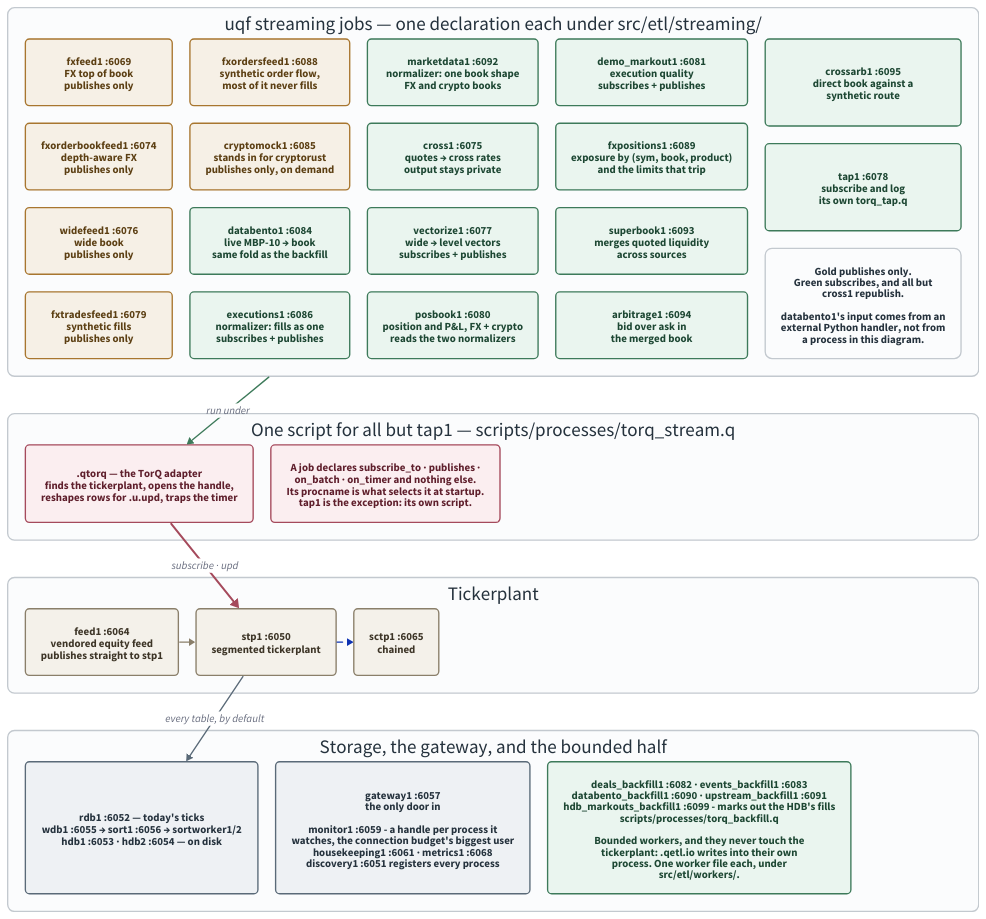
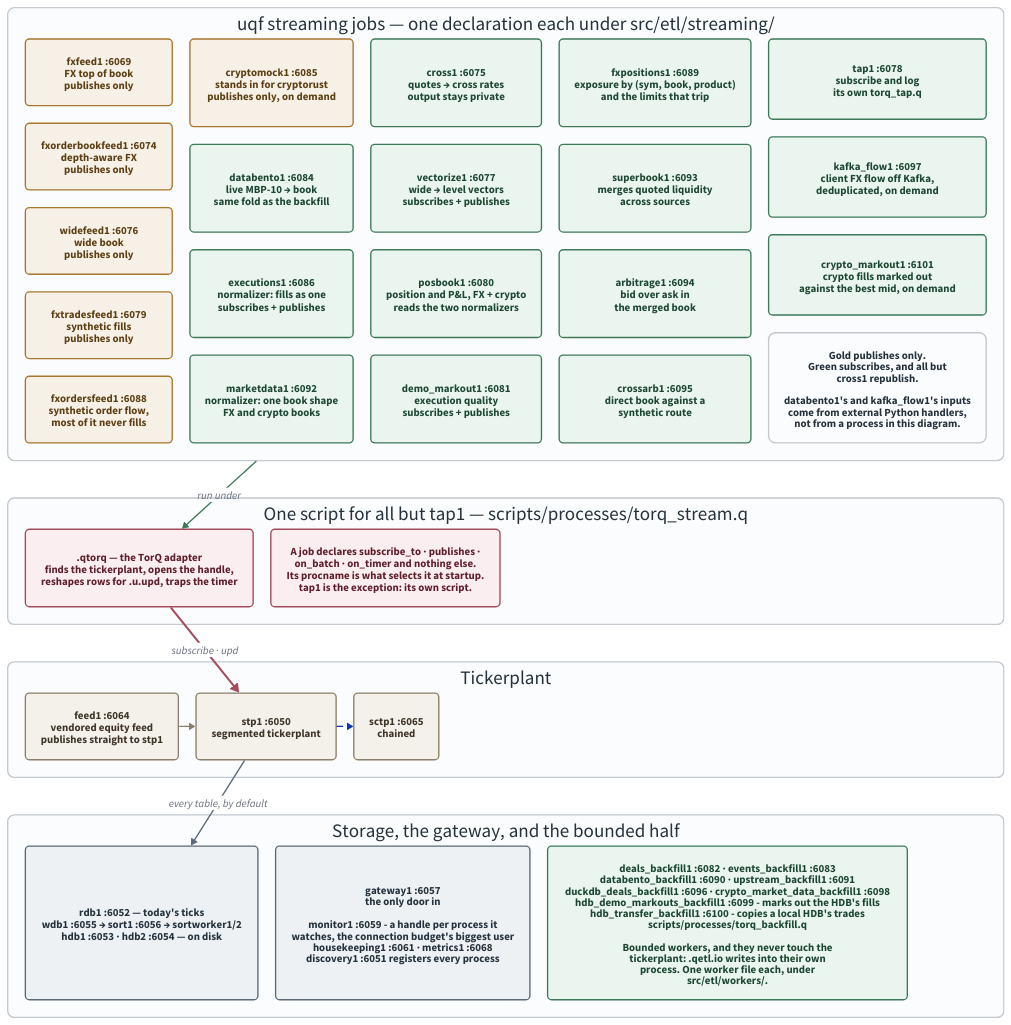
Before and after one commit to kwojdalski/uqf: the diagram in docs/diagrams/stack-topology.d2, drawn with D2. The commit also changed 6 other files, not shown here.

```diff
--- a/docs/diagrams/stack-topology.d2
+++ b/docs/diagrams/stack-topology.d2
@@ -1,165 +1,167 @@
 # stack-topology.d2 - who connects to whom over IPC in the running stack.
 #
 # Rendered by scripts/generate/render_diagrams.py, which CI runs with
 # --check. Embedded from docs/architecture/stack.md.
 #
 # Ports are the defaults at base 6050; every one is {KDBBASEPORT}+offset, so
 # a different base shifts them all together. The authority for the offsets
 # is docs/reference/processes.md, which is GENERATED from the
 # pipeline registry - if this diagram and that table disagree, the table is
 # right.
 #
 # WHAT THIS SHOWS THAT THE MERMAID VERSION DID NOT (#245).
 #
 # Every uqf streaming process but tap1 runs the SAME script. Since #204 a
 # streaming job is a declaration under src/etl/streaming/ and
 # processes/torq_stream.q is the one runner; which job a process runs is
 # decided by its procname at startup. The old diagram drew a script per
 # process, which is what the stack looked like before .qetl.job.stream and is the
 # single most misleading thing about it.
 #
 # The two connection patterns are still real and still different - publish
 # only, versus an access-listed subscribe - but a job performs neither
 # itself now. .qtorq does both on its behalf, which is why the adapter is
 # drawn between the processes and the tickerplant rather than left out.
 #
 # Backfills are on here too, and were not before. They are the other half
 # of the ETL tree and they reach the tickerplant NOT AT ALL: a bounded
 # worker writes through .qetl.io into its own process, so its rows never
 # traverse stp1. Drawing them beside the streaming jobs is the point - the
 # two halves look alike in the code and take completely different paths to
 # storage.
 
 direction: down
 
 grid-rows: 4
 grid-gap: 55
 
 vars: {
   d2-config: {
     pad: 40
   }
 }
 
 # Same palette as repo-overview.d2, so the set reads as one system: light
 # fills with dark text in both themes rather than a --dark-theme pairing,
 # which d2 still applies explicit styles over (d2lang/d2#831).
 classes: {
   feed: {
     style: {
       fill: "#f6f0e6"
       stroke: "#a8762f"
       font-color: "#5c3f13"
       border-radius: 6
     }
   }
   job: {
     style: {
       fill: "#eaf5ef"
       stroke: "#3d7a5a"
       font-color: "#1d4733"
       border-radius: 6
     }
   }
   adapter: {
     style: {
       fill: "#fbeef0"
       stroke: "#a54a5c"
       font-color: "#5f1f2c"
       border-radius: 6
     }
   }
   store: {
     style: {
       fill: "#eef1f4"
       stroke: "#5a6a78"
       font-color: "#25323d"
       border-radius: 6
     }
   }
   vendored: {
     style: {
       fill: "#f4f1ea"
       stroke: "#8a7f6a"
       font-color: "#3d3527"
       border-radius: 6
     }
   }
   band: {
     style: {
       fill: "#fbfcfd"
       stroke: "#c3c9cf"
       font-color: "#25323d"
       stroke-width: 2
       border-radius: 10
     }
   }
 }
 
 jobs: "uqf streaming jobs — one declaration each under src/etl/streaming/" {
   class: band
   grid-columns: 5
   grid-gap: 26
 
   fxfeed1: "fxfeed1 :6069\nFX top of book\npublishes only" { class: feed }
   fxorderbookfeed1: "fxorderbookfeed1 :6074\ndepth-aware FX\npublishes only" { class: feed }
   widefeed1: "widefeed1 :6076\nwide book\npublishes only" { class: feed }
   fxtradesfeed1: "fxtradesfeed1 :6079\nsynthetic fills\npublishes only" { class: feed }
   fxordersfeed1: "fxordersfeed1 :6088\nsynthetic order flow,\nmost of it never fills" { class: feed }
 
   cryptomock1: "cryptomock1 :6085\nstands in for cryptorust\npublishes only, on demand" { class: feed }
   databento1: "databento1 :6084\nlive MBP-10 → book\nsame fold as the backfill" { class: job }
   executions1: "executions1 :6086\nnormalizer: fills as one\nsubscribes + publishes" { class: job }
   marketdata1: "marketdata1 :6092\nnormalizer: one book shape\nFX and crypto books" { class: job }
 
   cross1: "cross1 :6075\nquotes → cross rates\noutput stays private" { class: job }
   vectorize1: "vectorize1 :6077\nwide → level vectors\nsubscribes + publishes" { class: job }
   posbook1: "posbook1 :6080\nposition and P&L, FX + crypto\nreads the two normalizers" { class: job }
   demo_markout1: "demo_markout1 :6081\nexecution quality\nsubscribes + publishes" { class: job }
   fxpositions1: "fxpositions1 :6089\nexposure by (sym, book, product)\nand the limits that trip" { class: job }
 
   superbook1: "superbook1 :6093\nmerges quoted liquidity\nacross sources" { class: job }
   arbitrage1: "arbitrage1 :6094\nbid over ask in\nthe merged book" { class: job }
   crossarb1: "crossarb1 :6095\ndirect book against a\nsynthetic route" { class: job }
   tap1: "tap1 :6078\nsubscribe and log\nits own torq_tap.q" { class: job }
-  legend: "Gold publishes only.\nGreen subscribes, and all but\ncross1 republish.\n\ndatabento1's input comes from an\nexternal Python handler, not from\na process in this diagram." { class: band }
+  kafka_flow1: "kafka_flow1 :6097\nclient FX flow off Kafka,\ndeduplicated, on demand" { class: job }
+  crypto_markout1: "crypto_markout1 :6101\ncrypto fills marked out\nagainst the best mid, on demand" { class: job }
+  legend: "Gold publishes only.\nGreen subscribes, and all but\ncross1 republish.\n\ndatabento1's and kafka_flow1's inputs\ncome from external Python handlers,\nnot from a process in this diagram." { class: band }
 }
 
 runner: "One script for all but tap1 — scripts/processes/torq_stream.q" {
   class: band
   grid-columns: 2
   grid-gap: 26
 
   qtorq: ".qtorq — the TorQ adapter\nfinds the tickerplant, opens the handle,\nreshapes rows for .u.upd, traps the timer" { class: adapter }
   note: "A job declares subscribe_to · publishes ·\non_batch · on_timer and nothing else.\nIts procname is what selects it at startup.\ntap1 is the exception: its own script." { class: adapter }
 }
 
 tp: "Tickerplant" {
   class: band
   grid-columns: 3
   grid-gap: 26
 
   feed1: "feed1 :6064\nvendored equity feed\npublishes straight to stp1" { class: vendored }
   stp: "stp1 :6050\nsegmented tickerplant" { class: vendored }
   sctp: "sctp1 :6065\nchained" { class: vendored }
 
   feed1 -> stp { style.stroke: "#8a7f6a" }
   stp -> sctp { style.stroke-dash: 4 }
 }
 
 downstream: "Storage, the gateway, and the bounded half" {
   class: band
   grid-columns: 3
   grid-gap: 26
 
   storage: "rdb1 :6052 — today's ticks\nwdb1 :6055 → sort1 :6056 → sortworker1/2\nhdb1 :6053 · hdb2 :6054 — on disk" { class: store }
   gw: "gateway1 :6057\nthe only door in\n\nmonitor1 :6059 - a handle per process it\nwatches, the connection budget's biggest user\nhousekeeping1 :6061 · metrics1 :6068\ndiscovery1 :6051 registers every process" { class: store }
-  backfills: "deals_backfill1 :6082 · events_backfill1 :6083\ndatabento_backfill1 :6090 · upstream_backfill1 :6091\nhdb_markouts_backfill1 :6099 - marks out the HDB's fills\nscripts/processes/torq_backfill.q\n\nBounded workers, and they never touch the\ntickerplant: .qetl.io writes into their own\nprocess. One worker file each, under\nsrc/etl/workers/." { class: job }
+  backfills: "deals_backfill1 :6082 · events_backfill1 :6083\ndatabento_backfill1 :6090 · upstream_backfill1 :6091\nduckdb_deals_backfill1 :6096 · crypto_market_data_backfill1 :6098\nhdb_demo_markouts_backfill1 :6099 - marks out the HDB's fills\nhdb_transfer_backfill1 :6100 - copies a local HDB's trades\nscripts/processes/torq_backfill.q\n\nBounded workers, and they never touch the\ntickerplant: .qetl.io writes into their own\nprocess. One worker file each, under\nsrc/etl/workers/." { class: job }
 }
 
 jobs -> runner.qtorq: "run under" { style.stroke: "#3d7a5a" }
 runner.qtorq -> tp.stp: "subscribe · upd" {
   style.stroke: "#a54a5c"
   style.stroke-width: 3
 }
 tp.stp -> downstream.storage: "every table, by default" { style.stroke: "#5a6a78" }
```
